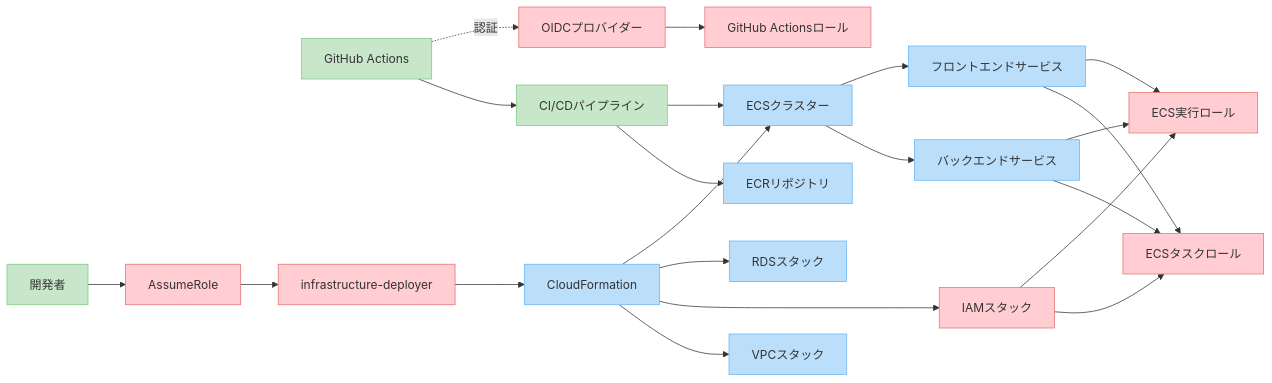
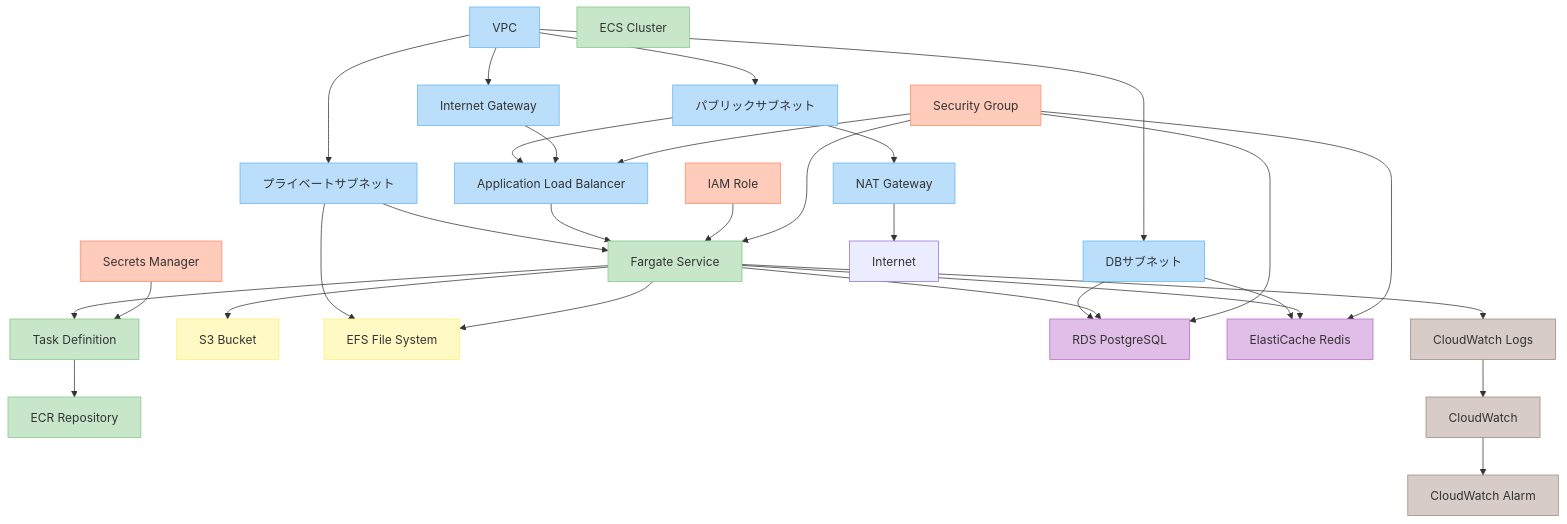
Before and after one commit to taka-123/laravel_nuxt_postgre_template: the second of 2 diagrams in .aws/README.md, drawn with Mermaid. The commit also changed other lines of this file, not shown here.

````diff
--- a/.aws/README.md
+++ b/.aws/README.md
@@ -83,38 +93,79 @@
 ```mermaid
-graph LR
-    %% クラス定義
-    classDef iam fill:#ffcdd2,stroke:#e57373,color:#333
-    classDef infra fill:#bbdefb,stroke:#64b5f6,color:#333
-    classDef cicd fill:#c8e6c9,stroke:#81c784,color:#333
+graph TB
+    %% サービスクラス定義
+    classDef network fill:#bbdefb,stroke:#64b5f6,color:#333
+    classDef compute fill:#c8e6c9,stroke:#81c784,color:#333
+    classDef storage fill:#fff9c4,stroke:#fff176,color:#333
+    classDef database fill:#e1bee7,stroke:#ba68c8,color:#333
+    classDef security fill:#ffccbc,stroke:#ff8a65,color:#333
+    classDef monitoring fill:#d7ccc8,stroke:#a1887f,color:#333
 
-    %% デプロイフロー
-    GitHubActions[GitHub Actions]:::cicd --> Pipeline[CI/CDパイプライン]:::cicd
-    Pipeline --> ECR[ECRリポジトリ]:::infra
-    Pipeline --> ECS[ECSクラスター]:::infra
+    %% ネットワーク
+    VPC[VPC]:::network
+    IGW[Internet Gateway]:::network
+    PublicSubnet[パブリックサブネット]:::network
+    PrivateSubnet[プライベートサブネット]:::network
+    DBSubnet[DBサブネット]:::network
+    ALB[Application Load Balancer]:::network
+    NATGW[NAT Gateway]:::network
 
-    %% IAMリソース
-    GitHubActions -.認証.-> IAM_OIDC[OIDCプロバイダー]:::iam
-    IAM_OIDC --> GHRole[GitHub Actionsロール]:::iam
+    %% コンピュート
+    ECS[ECS Cluster]:::compute
+    FargateService[Fargate Service]:::compute
+    TaskDef[Task Definition]:::compute
+    ECR[ECR Repository]:::compute
 
-    %% インフラ構築
-    Dev[開発者]:::cicd --> AssumeRole[AssumeRole]:::iam
-    AssumeRole --> DeployRole[infrastructure-deployer]:::iam
-    DeployRole --> CloudFormation[CloudFormation]:::infra
+    %% ストレージ
+    S3[S3 Bucket]:::storage
+    EFS[EFS File System]:::storage
 
-    %% スタック関係
-    CloudFormation --> VPC[VPCスタック]:::infra
-    CloudFormation --> IAM[IAMスタック]:::iam
-    CloudFormation --> RDS[RDSスタック]:::infra
-    CloudFormation --> ECS
+    %% データベース
+    RDS[RDS PostgreSQL]:::database
+    ElastiCache[ElastiCache Redis]:::database
 
-    %% IAMロール
-    IAM --> TaskRole[ECSタスクロール]:::iam
-    IAM --> ExecRole[ECS実行ロール]:::iam
+    %% セキュリティ
+    IAMRole[IAM Role]:::security
+    SecurityGroup[Security Group]:::security
+    SecretsManager[Secrets Manager]:::security
 
-    %% ECSリソース
-    ECS --> Backend[バックエンドサービス]:::infra
-    ECS --> Frontend[フロントエンドサービス]:::infra
-    Backend --> TaskRole
-    Frontend --> TaskRole
-    Backend & Frontend --> ExecRole
+    %% モニタリング
+    CloudWatch[CloudWatch]:::monitoring
+    Logs[CloudWatch Logs]:::monitoring
+    Alarm[CloudWatch Alarm]:::monitoring
+
+    %% 接続関係
+    VPC --> IGW
+    VPC --> PublicSubnet
+    VPC --> PrivateSubnet
+    VPC --> DBSubnet
+    PublicSubnet --> ALB
+    PublicSubnet --> NATGW
+    PrivateSubnet --> FargateService
+    PrivateSubnet --> EFS
+    DBSubnet --> RDS
+    DBSubnet --> ElastiCache
+
+    IGW --> ALB
+    NATGW --> Internet
+
+    ALB --> FargateService
+    FargateService --> TaskDef
+    TaskDef --> ECR
+
+    FargateService --> RDS
+    FargateService --> ElastiCache
+    FargateService --> S3
+    FargateService --> EFS
+
+    IAMRole --> FargateService
+    SecurityGroup --> FargateService
+    SecurityGroup --> ALB
+    SecurityGroup --> RDS
+    SecurityGroup --> ElastiCache
+
+    SecretsManager --> TaskDef
+
+    FargateService --> Logs
+    Logs --> CloudWatch
+    CloudWatch --> Alarm
 ```
````
